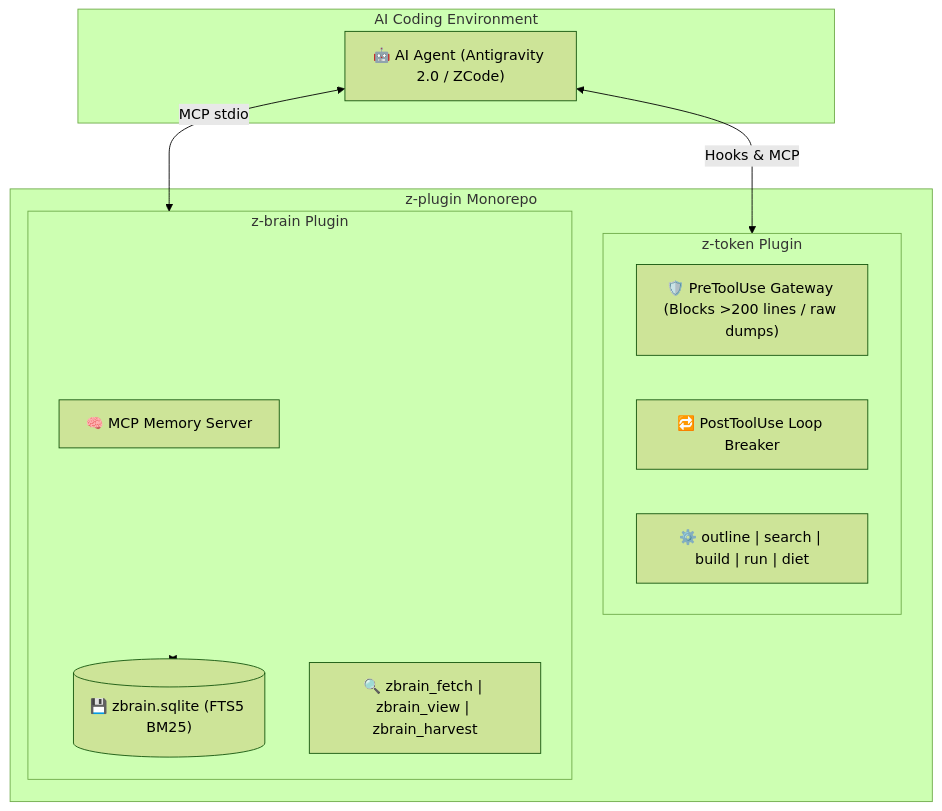
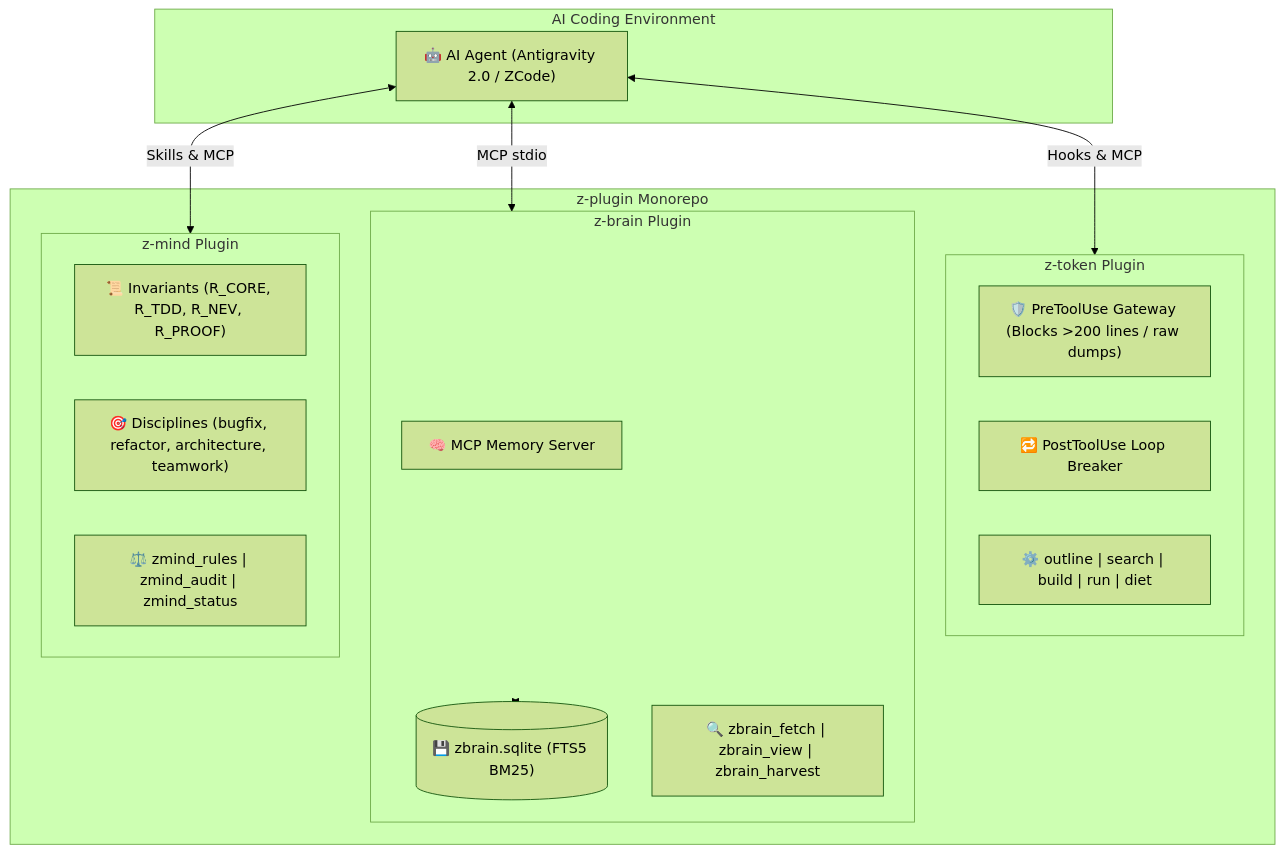
Before and after one commit to kzxl/z-plugin: the diagram in README.md, drawn with Mermaid (forest theme). The commit also changed other lines of this file and 19 other files, not shown here.

Commit message:
feat(mind): integrate z-mind cognitive engineering plugin into z-plugin monorepo

````diff
--- a/README.md
+++ b/README.md
@@ -53,24 +57,31 @@
 ```mermaid
 flowchart TD
     subgraph IDE ["AI Coding Environment"]
         Agent["🤖 AI Agent (Antigravity 2.0 / ZCode)"]
     end
 
     subgraph ZPluginSuite ["z-plugin Monorepo"]
         subgraph ZToken ["z-token Plugin"]
             Guard["🛡️ PreToolUse Gateway (Blocks >200 lines / raw dumps)"]
             Loop["🔁 PostToolUse Loop Breaker"]
             ToolsToken["⚙️ outline | search | build | run | diet"]
         end
 
         subgraph ZBrain ["z-brain Plugin"]
             MCPBrain["🧠 MCP Memory Server"]
             SQLite[("💾 zbrain.sqlite (FTS5 BM25)")]
             ToolsBrain["🔍 zbrain_fetch | zbrain_view | zbrain_harvest"]
         end
+
+        subgraph ZMind ["z-mind Plugin"]
+            Rules["📜 Invariants (R_CORE, R_TDD, R_NEV, R_PROOF)"]
+            Skills["🎯 Disciplines (bugfix, refactor, architecture, teamwork)"]
+            ToolsMind["⚖️ zmind_rules | zmind_audit | zmind_status"]
+        end
     end
 
     Agent <-->|"Hooks & MCP"| ZToken
     Agent <-->|"MCP stdio"| ZBrain
+    Agent <-->|"Skills & MCP"| ZMind
     ZBrain <--> SQLite
 ```
````
